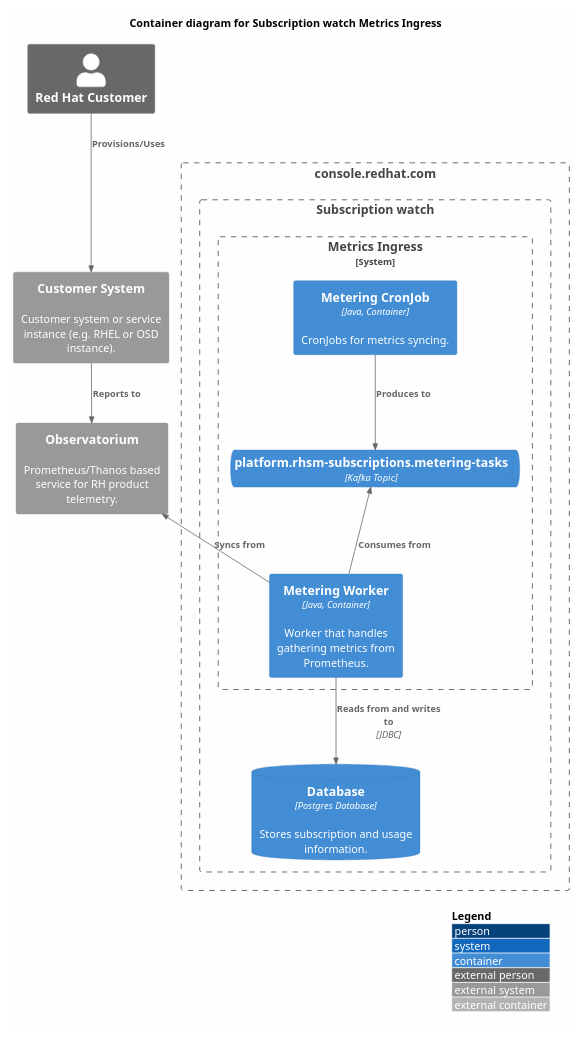
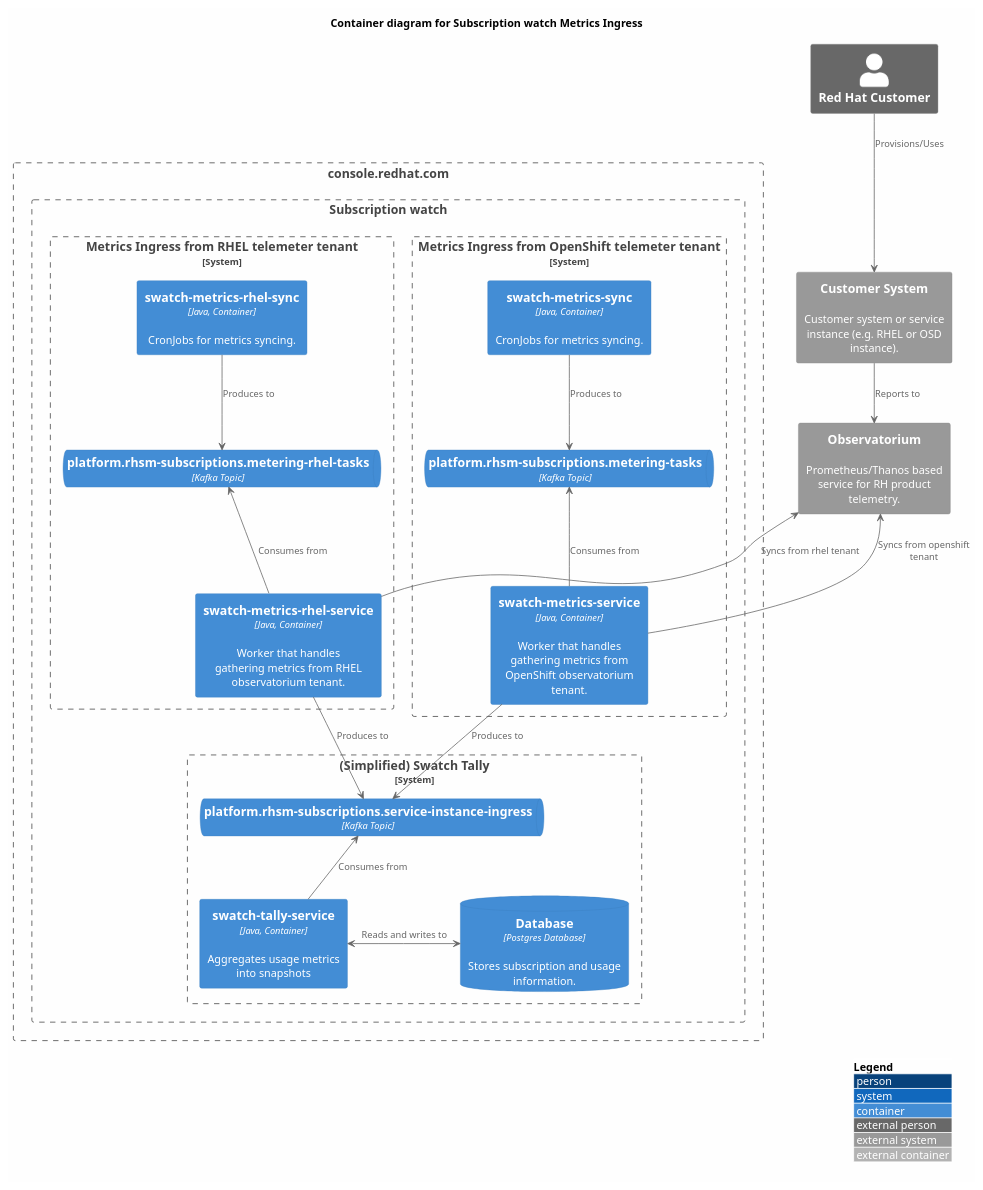
The diagram in docs/container-metrics-ingress.puml (RedHatInsights/rhsm-subscriptions), drawn with PlantUML before and after one commit. The commit also changed 1 other file, not shown here.

Commit message:
Update metrics ingress PlantUML diagram

```diff
--- a/docs/container-metrics-ingress.puml
+++ b/docs/container-metrics-ingress.puml
@@ -1,37 +1,62 @@
 @startuml
 !include <C4/C4_Container>
 
 ' see https://forum.plantuml.net/8356/white-backgrounds-are-rendered-transparent-in-svg
 skinparam backgroundColor #FEFEFE
 
 LAYOUT_WITH_LEGEND()
 
 title Container diagram for Subscription watch Metrics Ingress
 
 Person_Ext(customer, "Red Hat Customer")
 
 Boundary(crc, console.redhat.com) {
   Boundary(swatch, "Subscription watch") {
-    System_Boundary(metrics_ingress, "Metrics Ingress") {
-      Container(metrics_job, "Metering CronJob", "Java, Container", "CronJobs for metrics syncing.")
+    System_Boundary(telemeter_ingress, "Metrics Ingress from OpenShift telemeter tenant") {
+      Container(metrics_job, "swatch-metrics-sync", "Java, Container", "CronJobs for metrics syncing.")
       ContainerQueue(metrics_tasks, "platform.rhsm-subscriptions.metering-tasks", "Kafka Topic")
-      Container(metrics_worker, "Metering Worker", "Java, Container", "Worker that handles gathering metrics from Prometheus.")
+      Container(metrics_worker, "swatch-metrics-service", "Java, Container", "Worker that handles gathering metrics from OpenShift observatorium tenant.")
     }
-    ContainerDb(db, "Database", "Postgres Database", "Stores subscription and usage information.")
+
+    System_Boundary(rhelemeter_ingress, "Metrics Ingress from RHEL telemeter tenant") {
+      Container(metrics_rhel_job, "swatch-metrics-rhel-sync", "Java, Container", "CronJobs for metrics syncing.")
+      ContainerQueue(metrics_rhel_tasks, "platform.rhsm-subscriptions.metering-rhel-tasks", "Kafka Topic")
+      Container(metrics_rhel_service, "swatch-metrics-rhel-service", "Java, Container", "Worker that handles gathering metrics from RHEL observatorium tenant.")
+    }
+
+    System_Boundary(swatch_tally, "(Simplified) Swatch Tally") {
+      ContainerQueue(service_instance_ingress, "platform.rhsm-subscriptions.service-instance-ingress", "Kafka Topic")
+      ContainerQueue(metrics_rhel_tasks, "platform.rhsm-subscriptions.metering-rhel-tasks", "Kafka Topic")
+      Container(swatch_tally_service, "swatch-tally-service", "Java, Container", "Aggregates usage metrics into snapshots")
+      ContainerDb(db, "Database", "Postgres Database", "Stores subscription and usage information.")
+    }
   }
 }
 
 System_Ext(customer_system, "Customer System", "Customer system or service instance (e.g. RHEL or OSD instance).")
 System_Ext(observatorium, "Observatorium", "Prometheus/Thanos based service for RH product telemetry.")
 
 
 ' external dataflows
-Rel(customer, customer_system, "Provisions/Uses")
-Rel(customer_system, observatorium, "Reports to")
+
+customer -d-> customer_system: "Provisions/Uses"
+customer_system -d-> observatorium: "Reports to"
 
 ' metering dataflow
-Rel(metrics_job, metrics_tasks, "Produces to")
-Rel_Back(metrics_tasks, metrics_worker, "Consumes from")
-Rel_Back(observatorium, metrics_worker, "Syncs from")
-Rel(metrics_worker, db, "Reads from and writes to", "JDBC")
+
+metrics_job -d-> metrics_tasks: "Produces to"
+metrics_tasks <-d- metrics_worker: "Consumes from"
+observatorium <-d- metrics_worker: "Syncs from openshift tenant"
+metrics_worker -d-> service_instance_ingress: "Produces to"
+
+metrics_rhel_job -d-> metrics_rhel_tasks: "Produces to"
+metrics_rhel_tasks <-d- metrics_rhel_service: "Consumes from"
+observatorium <-d- metrics_rhel_service: "Syncs from rhel tenant"
+metrics_rhel_service -d-> service_instance_ingress: "Produces to"
+
+'
+service_instance_ingress <-d-  swatch_tally_service: "Consumes from"
+swatch_tally_service <-> db: "Reads and writes to"
+
+
 @enduml
```
